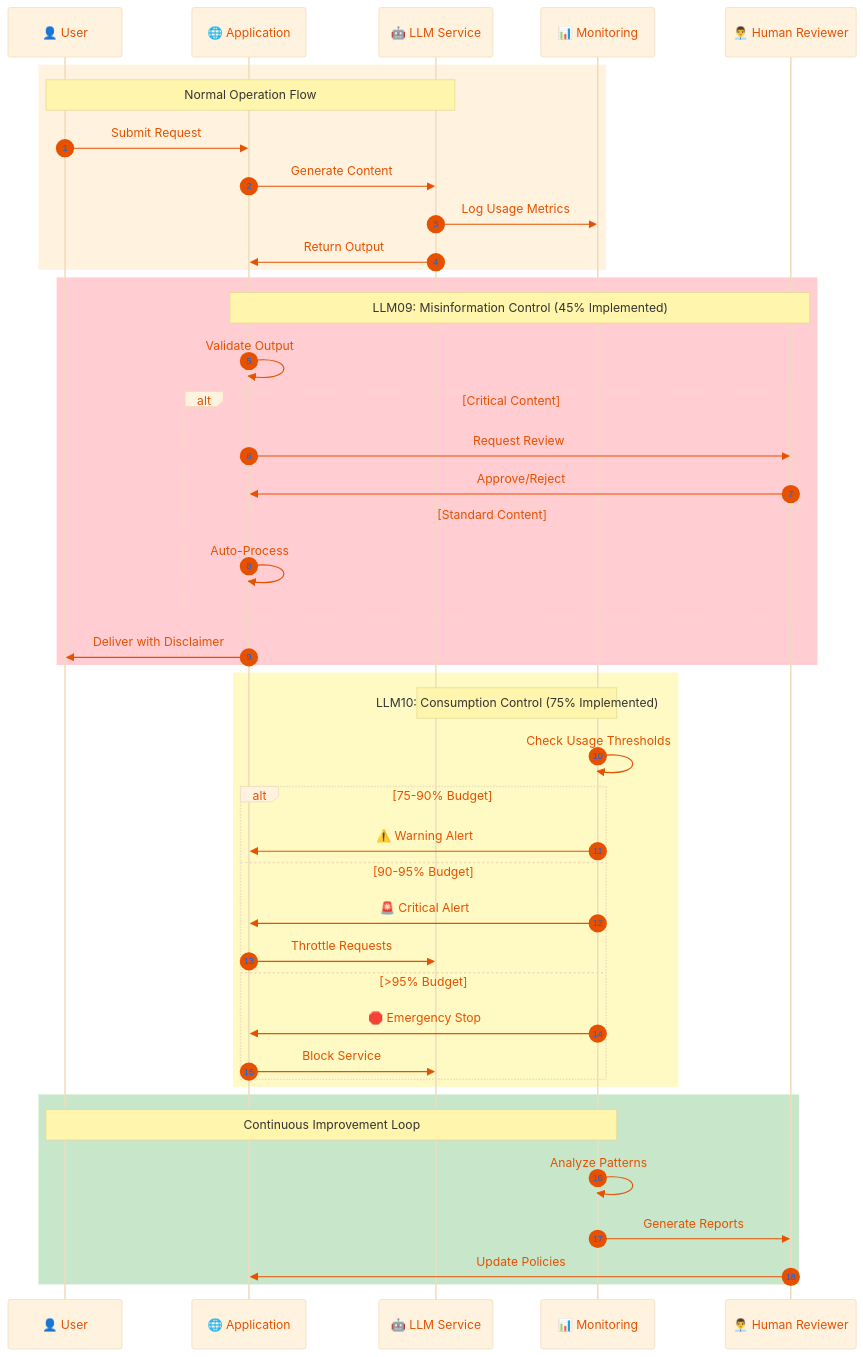
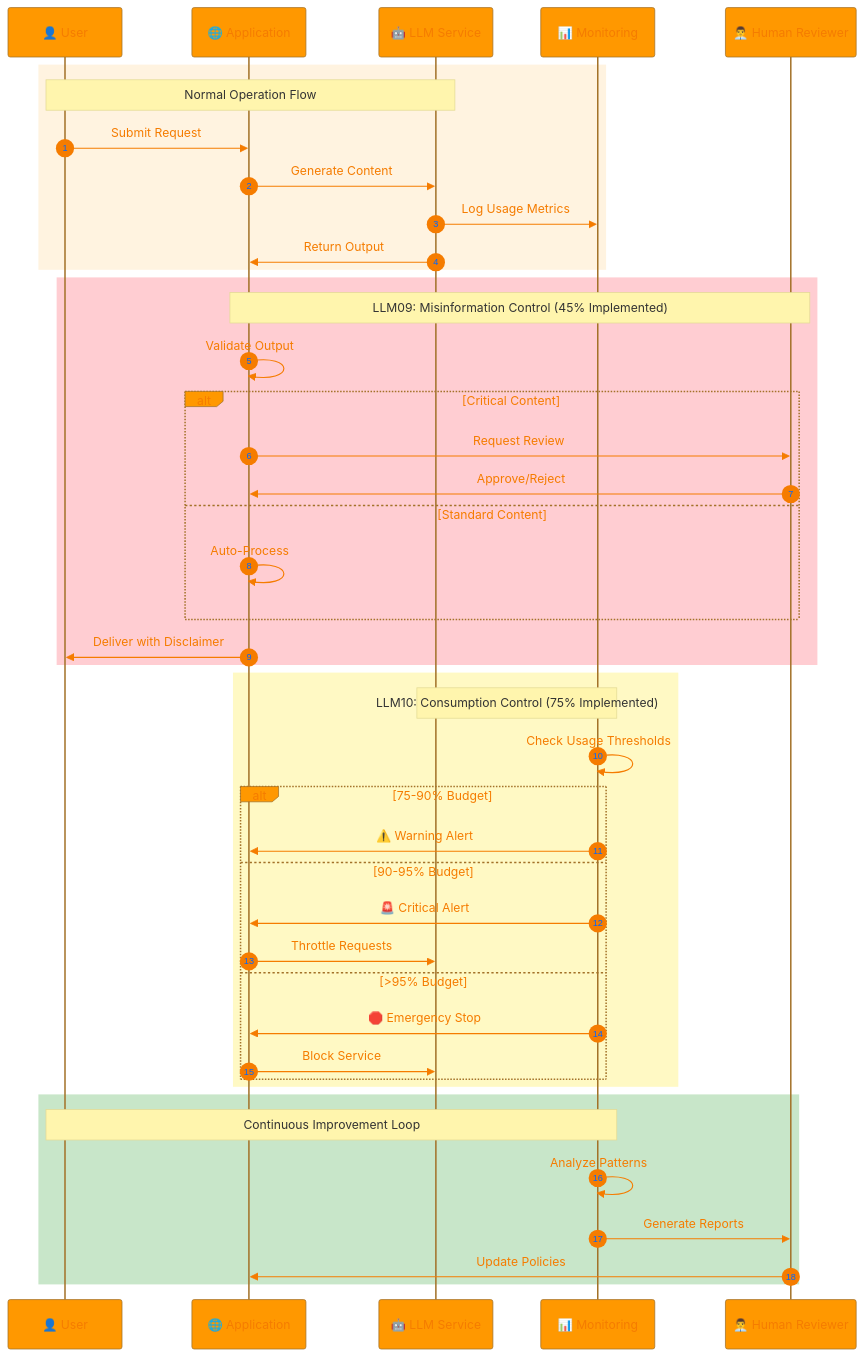
Before and after one commit to Hack23/ISMS-PUBLIC: the tenth of 15 diagrams in OWASP_LLM_Security_Policy.md, drawn with Mermaid. The commit also changed other lines of this file and 35 other files, not shown here.

````diff
--- a/OWASP_LLM_Security_Policy.md
+++ b/OWASP_LLM_Security_Policy.md
@@ -950,62 +950,62 @@
 ```mermaid
 %%{
   init: {
     'theme': 'base',
     'themeVariables': {
-      'primaryColor': '#fff3e0',
-      'primaryTextColor': '#e65100',
+      'primaryColor': '#FF9800',
+      'primaryTextColor': '#F57C00',
       'lineColor': '#ff9800',
-      'secondaryColor': '#ffe0b2',
-      'tertiaryColor': '#fff9c4'
+      'secondaryColor': '#FF9800',
+      'tertiaryColor': '#FFC107'
     }
   }
 }%%
 sequenceDiagram
     autonumber
     participant User as 👤 User
     participant App as 🌐 Application
     participant LLM as 🤖 LLM Service
     participant Monitor as 📊 Monitoring
     participant Human as 👨‍💼 Human Reviewer
     
     rect rgb(255, 243, 224)
     Note over User,LLM: Normal Operation Flow
     User->>App: Submit Request
     App->>LLM: Generate Content
     LLM->>Monitor: Log Usage Metrics
     LLM->>App: Return Output
     end
     
     rect rgb(255, 205, 210)
     Note over App,Human: LLM09: Misinformation Control (45% Implemented)
     App->>App: Validate Output
     alt Critical Content
         App->>Human: Request Review
         Human->>App: Approve/Reject
     else Standard Content
         App->>App: Auto-Process
     end
     App->>User: Deliver with Disclaimer
     end
     
     rect rgb(255, 249, 196)
     Note over Monitor,LLM: LLM10: Consumption Control (75% Implemented)
     Monitor->>Monitor: Check Usage Thresholds
     alt 75-90% Budget
         Monitor->>App: ⚠️ Warning Alert
     else 90-95% Budget
         Monitor->>App: 🚨 Critical Alert
         App->>LLM: Throttle Requests
     else >95% Budget
         Monitor->>App: 🛑 Emergency Stop
         App->>LLM: Block Service
     end
     end
     
     rect rgb(200, 230, 201)
     Note over User,Monitor: Continuous Improvement Loop
     Monitor->>Monitor: Analyze Patterns
     Monitor->>Human: Generate Reports
     Human->>App: Update Policies
     end
 ```
````
